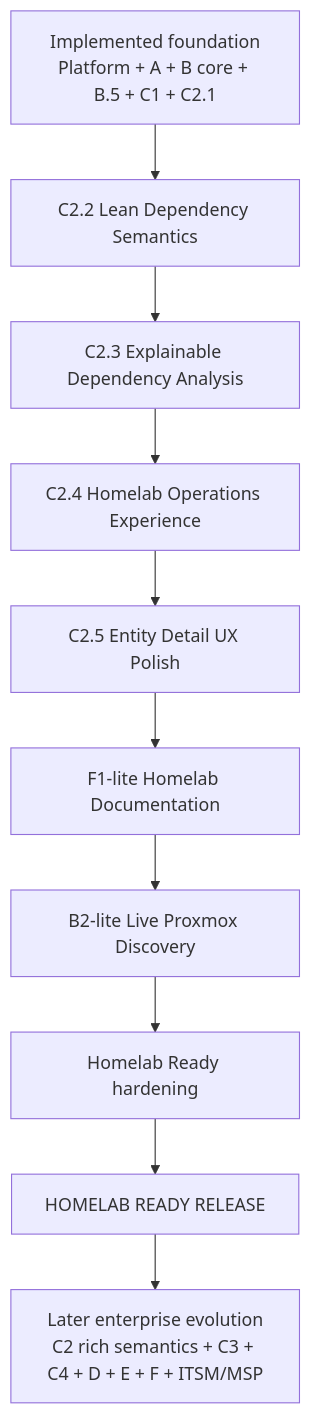
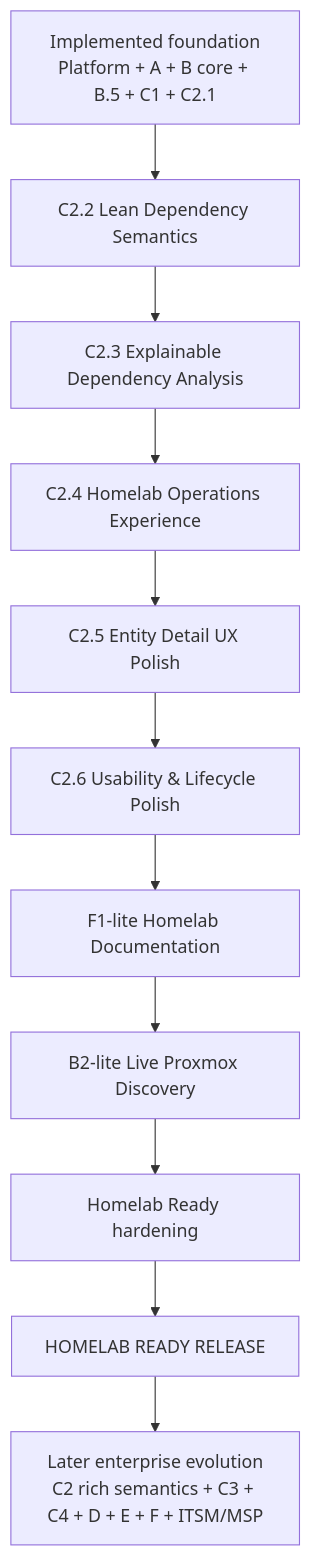
The first of 2 diagrams in docs/product/development-roadmap.md (benchristian88/atlas), drawn with Mermaid before and after one commit. The commit also changed other lines of this file and 46 other files, not shown here.

Commit message:
feature: c2.6 usability lifecycle updates

````diff
--- a/docs/product/development-roadmap.md
+++ b/docs/product/development-roadmap.md
@@ -125,16 +128,17 @@
 ```mermaid
 flowchart TD
     BASE[Implemented foundation\nPlatform + A + B core + B.5 + C1 + C2.1]
     C22[C2.2 Lean Dependency Semantics]
     C23[C2.3 Explainable Dependency Analysis]
     C24[C2.4 Homelab Operations Experience]
     C25[C2.5 Entity Detail UX Polish]
+    C26[C2.6 Usability & Lifecycle Polish]
     F1L[F1-lite Homelab Documentation]
     B2L[B2-lite Live Proxmox Discovery]
     HARDEN[Homelab Ready hardening]
     READY[HOMELAB READY RELEASE]
     LATER[Later enterprise evolution\nC2 rich semantics + C3 + C4 + D + E + F + ITSM/MSP]
 
-    BASE --> C22 --> C23 --> C24 --> C25 --> F1L --> B2L --> HARDEN --> READY
+    BASE --> C22 --> C23 --> C24 --> C25 --> C26 --> F1L --> B2L --> HARDEN --> READY
     READY --> LATER
 ```
````
